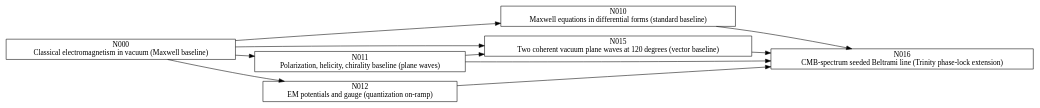
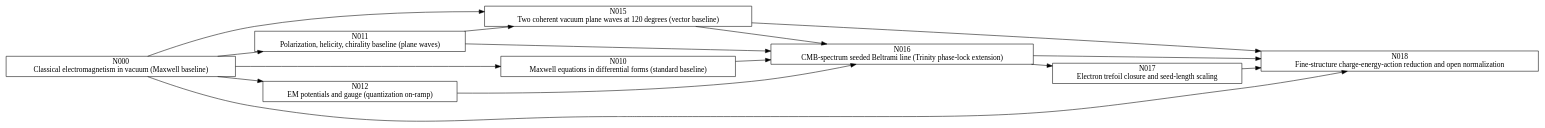
One commit to WeBeGood/Atom2.1-ToE changed the diagram in TREE.dot. Above: the diagram before and after it, drawn with Graphviz. The commit also changed 29 other files, not shown here.

Commit message:
Formalize electron closure and conditional alpha derivation; retain unresolved normalization

```diff
--- a/TREE.dot
+++ b/TREE.dot
@@ -1,19 +1,26 @@
 digraph Atom21Nodes {
   rankdir=LR;
   node [shape=box];
   "N000" [label="N000\nClassical electromagnetism in vacuum (Maxwell baseline)"];
   "N010" [label="N010\nMaxwell equations in differential forms (standard baseline)"];
   "N011" [label="N011\nPolarization, helicity, chirality baseline (plane waves)"];
   "N012" [label="N012\nEM potentials and gauge (quantization on-ramp)"];
   "N015" [label="N015\nTwo coherent vacuum plane waves at 120 degrees (vector baseline)"];
   "N016" [label="N016\nCMB-spectrum seeded Beltrami line (Trinity phase-lock extension)"];
+  "N017" [label="N017\nElectron trefoil closure and seed-length scaling"];
+  "N018" [label="N018\nFine-structure charge-energy-action reduction and open normalization"];
   "N000" -> "N010";
   "N000" -> "N011";
   "N000" -> "N012";
   "N000" -> "N015";
   "N011" -> "N015";
   "N015" -> "N016";
   "N010" -> "N016";
   "N011" -> "N016";
   "N012" -> "N016";
+  "N016" -> "N017";
+  "N000" -> "N018";
+  "N015" -> "N018";
+  "N016" -> "N018";
+  "N017" -> "N018";
 }
```
